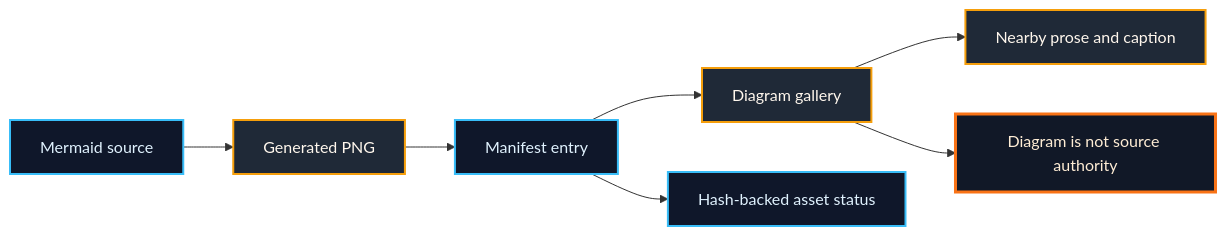
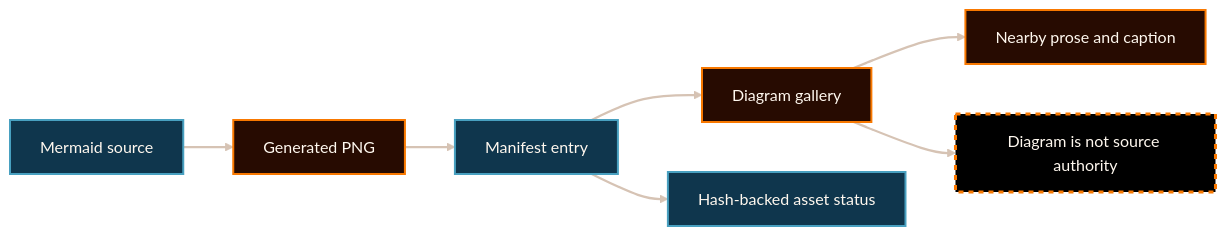
The diagram in docs/content-dossiers/resources-diagrams/diagrams/diagram-publication-boundary.mmd (AngryOwlAI/The-AEther-Flow-Website), drawn with Mermaid before and after one commit. The commit also changed 60 other files, not shown here.

```diff
--- a/docs/content-dossiers/resources-diagrams/diagrams/diagram-publication-boundary.mmd
+++ b/docs/content-dossiers/resources-diagrams/diagrams/diagram-publication-boundary.mmd
@@ -1,14 +1,41 @@
+---
+config:
+  theme: base
+  themeVariables:
+    darkMode: true
+    background: "#000000"
+    primaryColor: "#050403"
+    primaryTextColor: "#fff8ef"
+    primaryBorderColor: "#d6c3b4"
+    lineColor: "#d6c3b4"
+    fontFamily: "Inter, ui-sans-serif, system-ui, -apple-system, BlinkMacSystemFont, Segoe UI, sans-serif"
+    fontSize: "16px"
+    clusterBkg: "#080401"
+    clusterBorder: "#d6c3b4"
+    edgeLabelBackground: "#000000"
+---
+
 flowchart LR
   mermaid["Mermaid source"] --> png["Generated PNG"]
   png --> manifest["Manifest entry"]
   manifest --> gallery["Diagram gallery"]
   gallery --> prose["Nearby prose and caption"]
   gallery --> boundary["Diagram is not source authority"]
   manifest --> hashes["Hash-backed asset status"]
 
-  classDef source fill:#0f172a,stroke:#38bdf8,color:#e0f2fe,stroke-width:2px;
-  classDef control fill:#1f2937,stroke:#f59e0b,color:#fff7ed,stroke-width:2px;
-  classDef boundary fill:#111827,stroke:#f97316,color:#ffedd5,stroke-width:3px;
-  class mermaid,manifest,hashes source;
-  class png,gallery,prose control;
+  classDef default fill:#050403,stroke:#d6c3b4,color:#fff8ef,stroke-width:1.5px;
+  classDef source fill:#0f364d,stroke:#48a0c0,color:#fff8ef,stroke-width:2px;
+  classDef control fill:#270b01,stroke:#f87800,color:#fff8ef,stroke-width:2px;
+  classDef bridge fill:#164964,stroke:#f4d6a1,color:#fff8ef,stroke-width:2px;
+  classDef decision fill:#702000,stroke:#f87800,color:#fff8ef,stroke-width:2.25px;
+  classDef target fill:#2d7ea0,stroke:#f4d6a1,color:#ffffff,stroke-width:2px;
+  classDef success fill:#164964,stroke:#48a0c0,color:#fff8ef,stroke-width:2px;
+  classDef risk fill:#702000,stroke:#f87800,color:#fff8ef,stroke-width:2px,stroke-dasharray: 5 5;
+  classDef boundary fill:#000000,stroke:#f87800,color:#fff8ef,stroke-width:3px,stroke-dasharray: 5 5;
+  classDef external fill:#080401,stroke:#f4d6a1,color:#fff8ef,stroke-width:2px;
+
   class boundary boundary;
+  class gallery,png,prose control;
+  class hashes,manifest,mermaid source;
+
+  linkStyle default stroke:#d6c3b4,stroke-width:2.25px;
```
